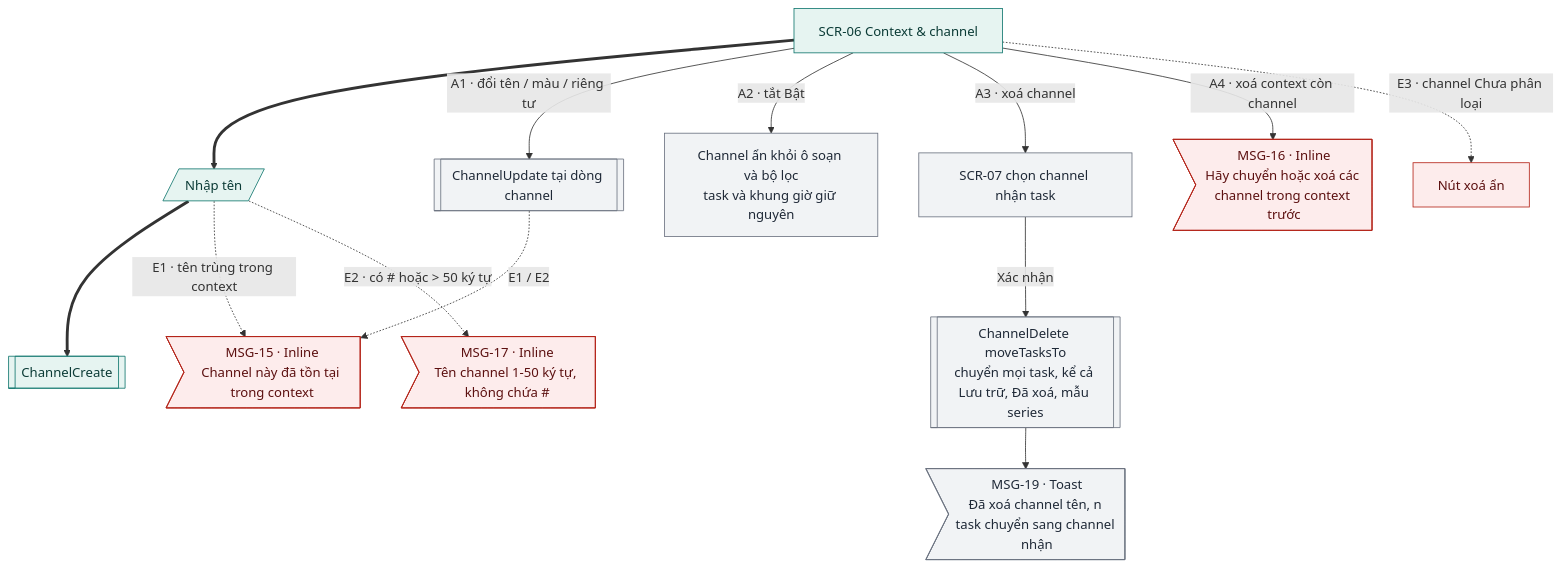
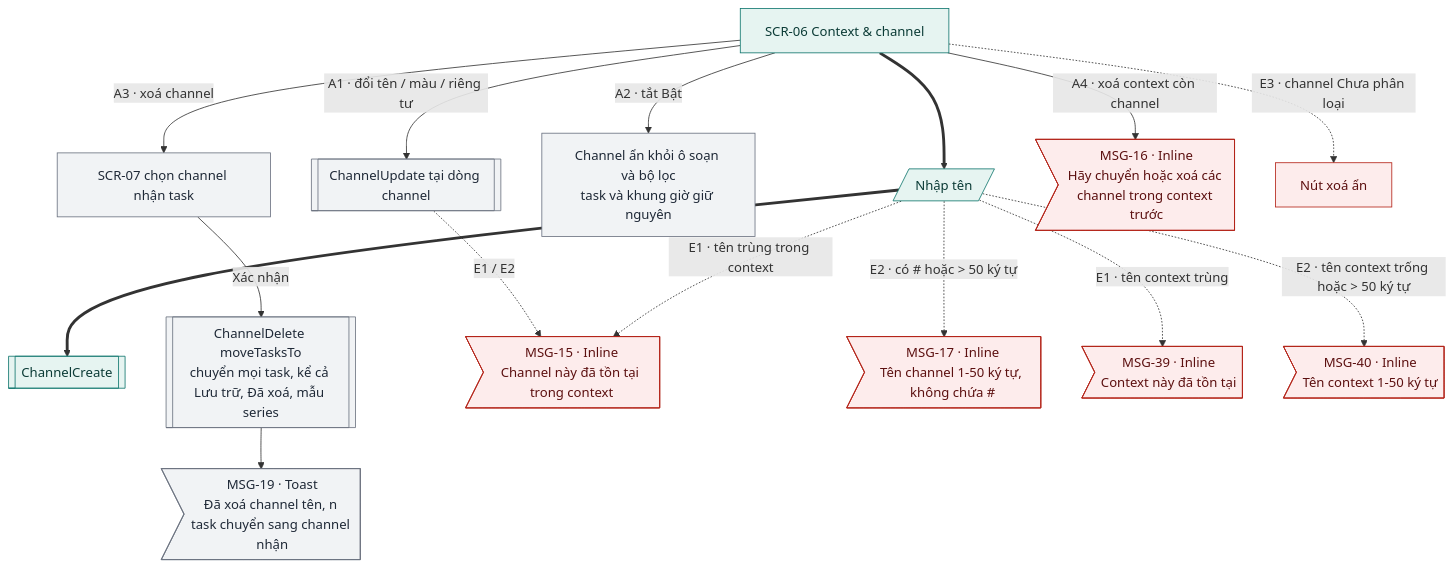
Diagram 14 of 15 in docs/design-brief/flow/g02-quan-ly-task.md (tannguyenho/personal-app), drawn with Mermaid before and after one commit. The commit also changed other lines of this file and 2 other files, not shown here.

````diff
--- a/docs/design-brief/flow/g02-quan-ly-task.md
+++ b/docs/design-brief/flow/g02-quan-ly-task.md
@@ -645,32 +645,34 @@
 ```mermaid
 flowchart TD
   s1["SCR-06 Context & channel"]
   u2[/"Nhập tên"/]
   p1[["ChannelCreate"]]
   s1 ==> u2 ==> p1
 
   s1 -->|"A1 · đổi tên / màu / riêng tư"| a1[["ChannelUpdate tại dòng channel"]]
   s1 -->|"A2 · tắt Bật"| a2["Channel ẩn khỏi ô soạn và bộ lọc<br/>task và khung giờ giữ nguyên"]
   s1 -->|"A3 · xoá channel"| a3["SCR-07 chọn channel nhận task"]
   a3 -->|"Xác nhận"| a3p[["ChannelDelete moveTasksTo<br/>chuyển mọi task, kể cả Lưu trữ, Đã xoá, mẫu series"]]
   a3p --> a3m>"MSG-19 · Toast<br/>Đã xoá channel tên, n task chuyển sang channel nhận"]
   s1 -->|"A4 · xoá context còn channel"| a4m>"MSG-16 · Inline<br/>Hãy chuyển hoặc xoá các channel trong context trước"]
   s1 -.->|"E3 · channel Chưa phân loại"| e3["Nút xoá ẩn"]
 
   u2 -.->|"E1 · tên trùng trong context"| e1m>"MSG-15 · Inline<br/>Channel này đã tồn tại trong context"]
   u2 -.->|"E2 · có # hoặc > 50 ký tự"| e2m>"MSG-17 · Inline<br/>Tên channel 1-50 ký tự, không chứa #"]
+  u2 -.->|"E1 · tên context trùng"| e1c>"MSG-39 · Inline<br/>Context này đã tồn tại"]
+  u2 -.->|"E2 · tên context trống hoặc > 50 ký tự"| e2c>"MSG-40 · Inline<br/>Tên context 1-50 ký tự"]
   a1 -.->|"E1 / E2"| e1m
 
   class s1,u2,p1 happy
   class a1,a2,a3,a3p,a3m alt
-  class a4m,e1m,e2m,e3 err
+  class a4m,e1m,e2m,e1c,e2c,e3 err
   classDef happy fill:#E6F4F1,stroke:#0F766E,color:#0B3B36
   classDef alt fill:#F1F3F5,stroke:#6B7280,color:#1F2937
   classDef err fill:#FDECEC,stroke:#B42318,color:#5C1010
   classDef warn fill:#FEF4E2,stroke:#B45309,color:#4A2604
   classDef ai fill:#F1ECFD,stroke:#6D28D9,color:#2E1065
   classDef sync fill:#FFFFFF,stroke:#6B7280,stroke-dasharray:4 3,color:#1F2937
   classDef link fill:#FFFFFF,stroke:#0F766E,stroke-dasharray:4 3,color:#0B3B36
   classDef done fill:#E6F4F1,stroke:#0F766E,stroke-width:3px,color:#0B3B36
   classDef fail fill:#FDECEC,stroke:#B42318,stroke-width:3px,color:#5C1010
 ```
````
